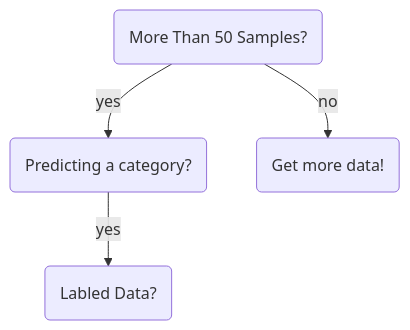
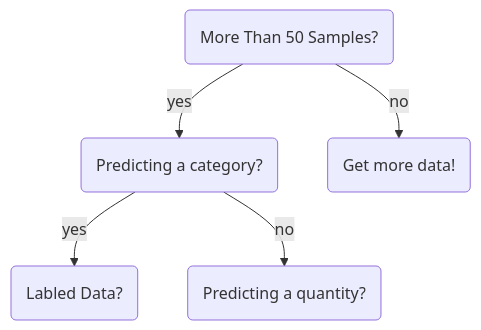
The diagram in ML_Cheatsheet.md (hwetsman/Public_Notes), drawn with Mermaid before and after one commit.

````diff
--- a/ML_Cheatsheet.md
+++ b/ML_Cheatsheet.md
@@ -1,10 +1,12 @@
 ```mermaid
 flowchart TD
 id1(More Than 50 Samples?)
 id2(Predicting a category?)
 id3(Get more data!)
 id1-->|yes|id2
 id1-->|no|id3
 id4(Labled Data?)
 id2-->|yes|id4
+id5(Predicting a quantity?)
+id2-->|no|id5
 ```
````
